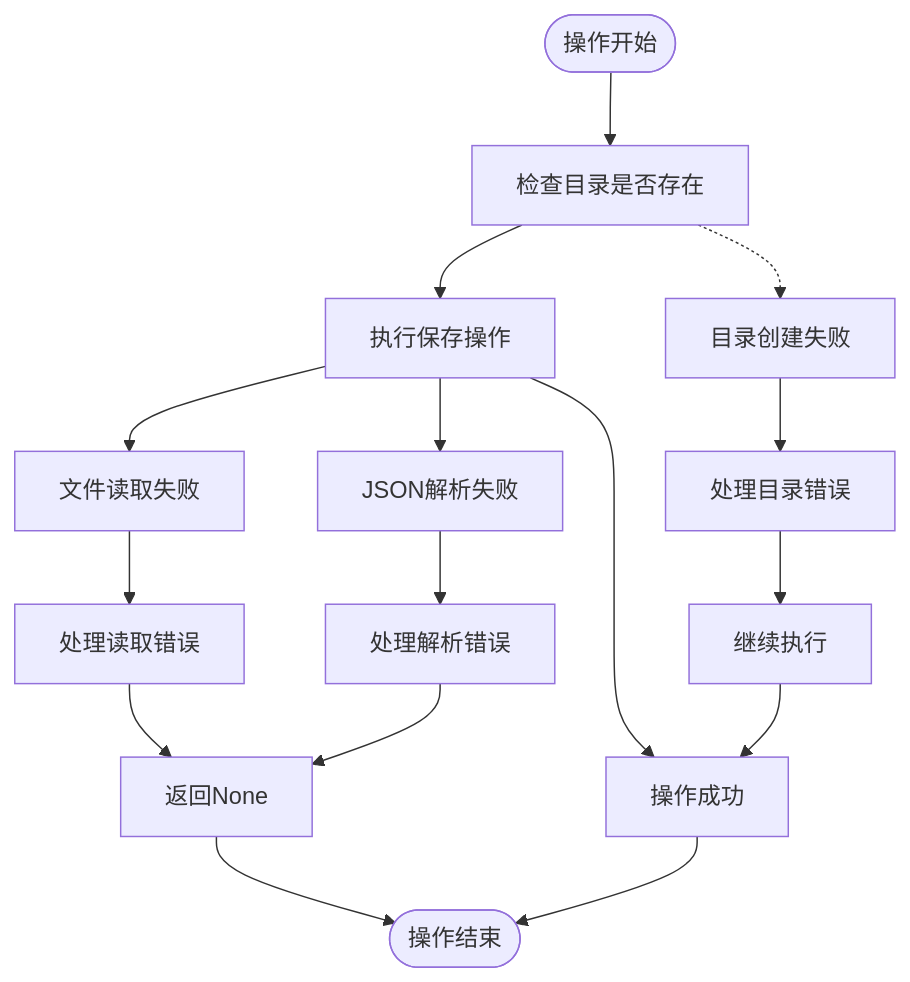
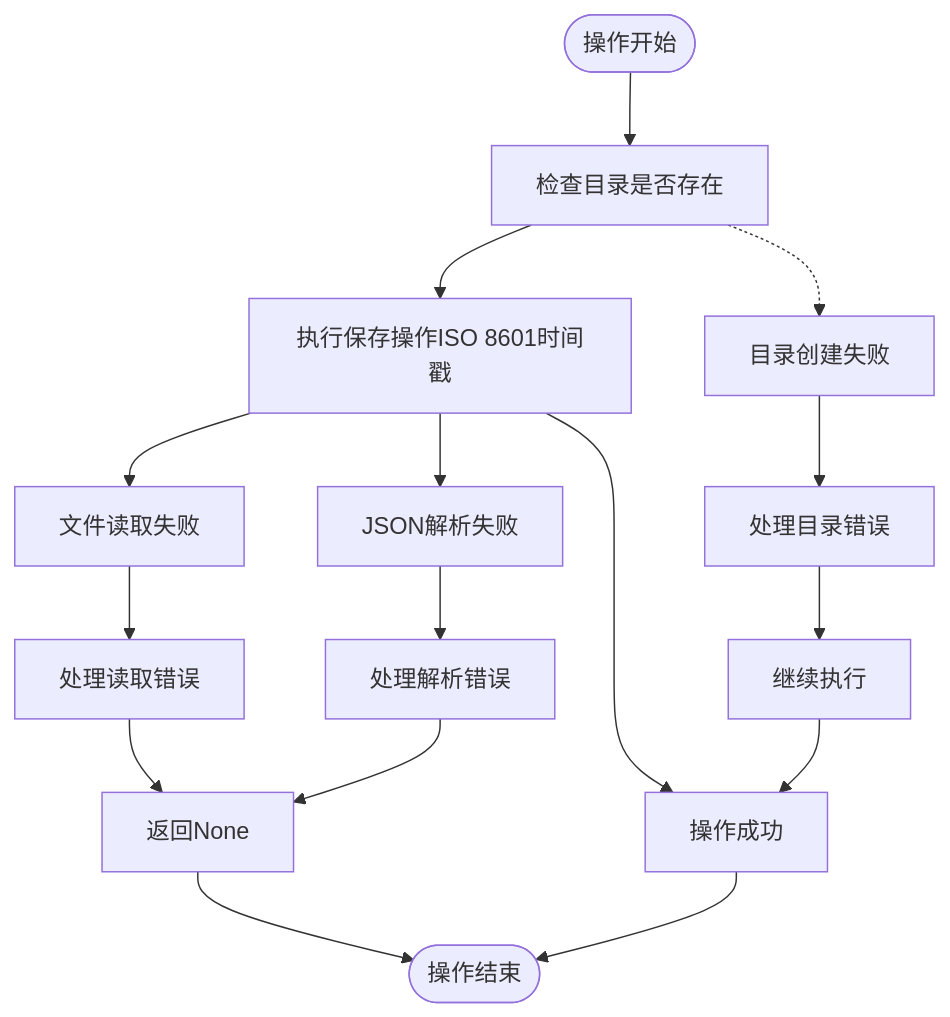
The fourth of 9 diagrams in .qoder/repowiki/zh/content/核心模块详解/会话持久化系统.md (250shiwo/MySmallAgent), drawn with Mermaid before and after one commit. The commit also changed other lines of this file and 41 other files, not shown here.

````diff
--- a/.qoder/repowiki/zh/content/核心模块详解/会话持久化系统.md
+++ b/.qoder/repowiki/zh/content/核心模块详解/会话持久化系统.md
@@ -179,17 +209,17 @@
 ```mermaid
 flowchart TD
 Start([操作开始]) --> CheckDir["检查目录是否存在"]
-CheckDir --> SaveOp["执行保存操作"]
+CheckDir --> SaveOp["执行保存操作ISO 8601时间戳"]
 SaveOp --> Success["操作成功"]
 CheckDir -.-> DirError["目录创建失败"] --> HandleDirError["处理目录错误"]
 SaveOp --> LoadError["文件读取失败"]
 LoadError --> HandleLoadError["处理读取错误"]
 SaveOp --> ParseError["JSON解析失败"]
 ParseError --> HandleParseError["处理解析错误"]
 HandleDirError --> Continue["继续执行"]
 HandleLoadError --> ReturnNone["返回None"]
 HandleParseError --> ReturnNone
 Continue --> Success
 ReturnNone --> End([操作结束])
 Success --> End
 ```
````
